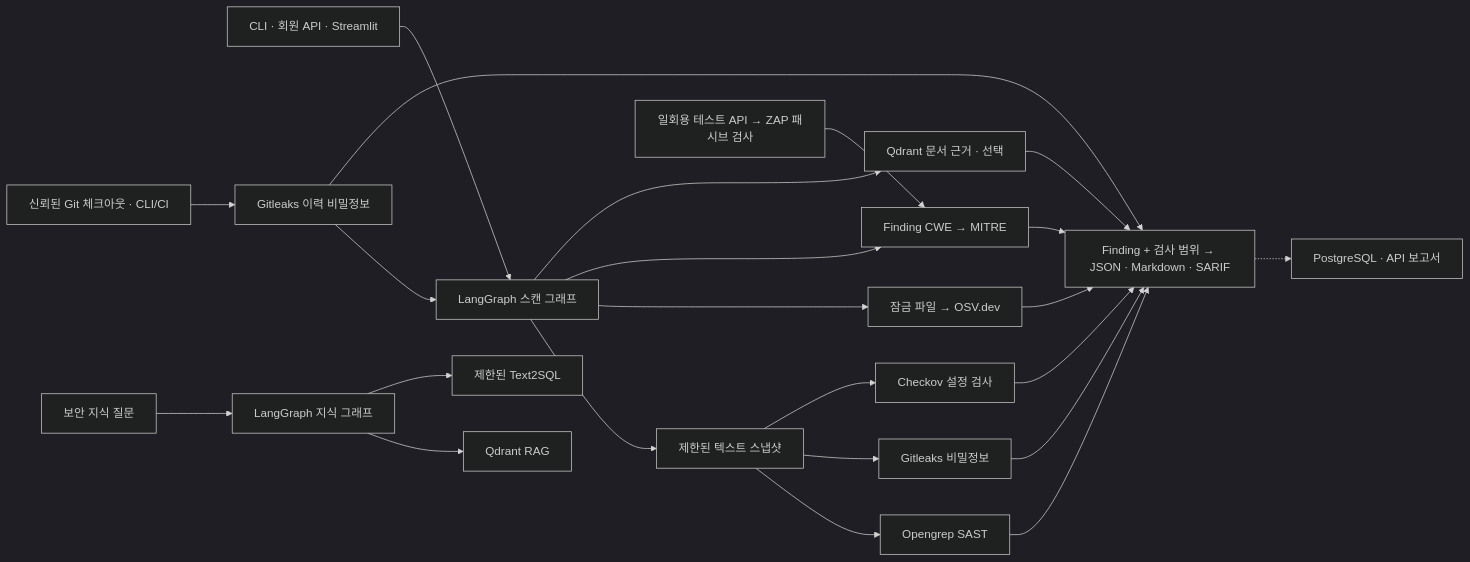
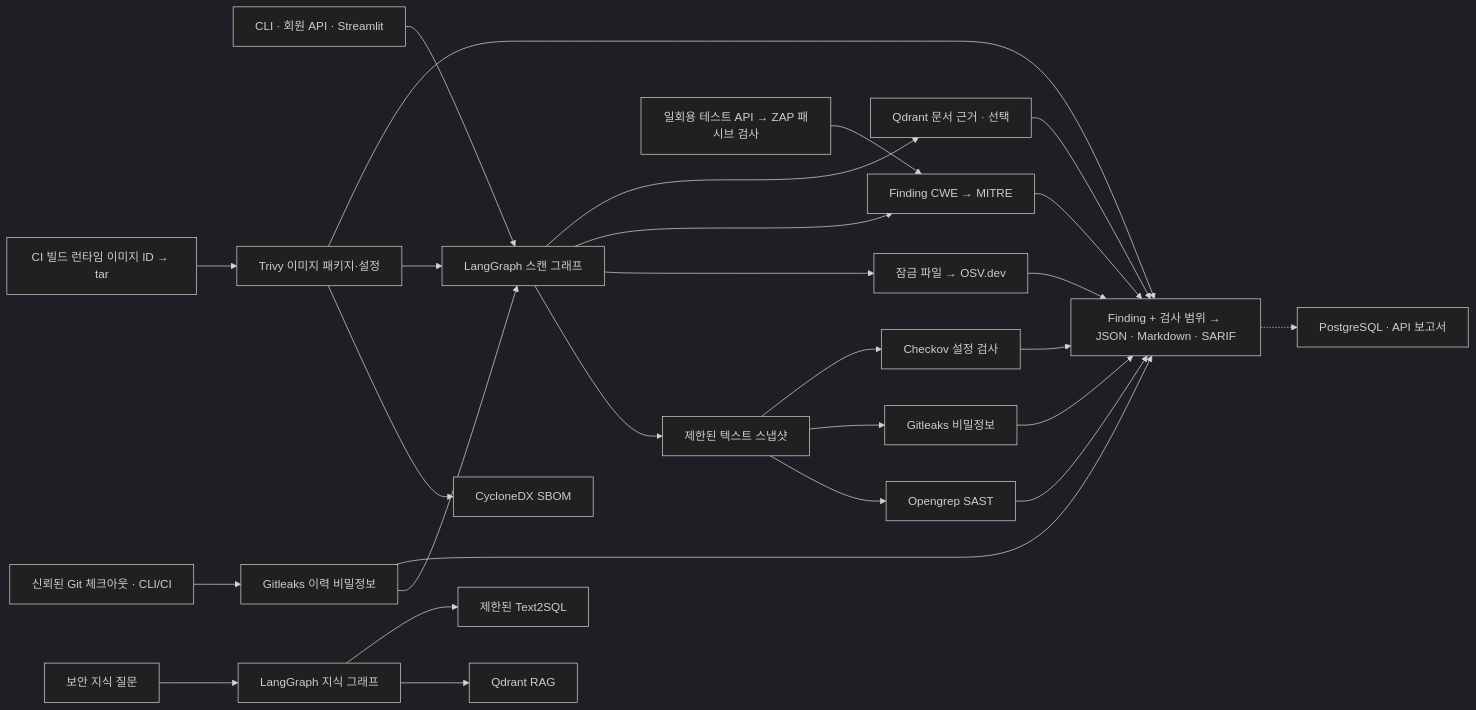
One commit to taehyeon-git/SecRAGraph changed the diagram in README.md. Above: the diagram before and after it, drawn with Mermaid (dark theme). The commit also changed other lines of this file and 31 other files, not shown here.

First line of the commit message:
Add runtime image scanning and CycloneDX SBOM

````diff
--- a/README.md
+++ b/README.md
@@ -49,25 +51,29 @@
 ```mermaid
 flowchart LR
   INPUT["CLI · 회원 API · Streamlit"] --> SCAN["LangGraph 스캔 그래프"]
   SCAN --> SNAP["제한된 텍스트 스냅샷"]
   SNAP --> SAST["Opengrep SAST"]
   SNAP --> SECRET["Gitleaks 비밀정보"]
   HISTORY["신뢰된 Git 체크아웃 · CLI/CI"] --> HISTSECRET["Gitleaks 이력 비밀정보"]
   HISTSECRET --> SCAN
+  IMAGE["CI 빌드 런타임 이미지 ID → tar"] --> TRIVY["Trivy 이미지 패키지·설정"]
+  TRIVY --> SBOM["CycloneDX SBOM"]
+  TRIVY --> SCAN
   SNAP --> CONFIG["Checkov 설정 검사"]
   SCAN --> OSV["잠금 파일 → OSV.dev"]
   SCAN --> CWE["Finding CWE → MITRE"]
   SCAN --> EVIDENCE["Qdrant 문서 근거 · 선택"]
   DAST["일회용 테스트 API → ZAP 패시브 검사"] --> CWE
   SAST --> REPORT["Finding + 검사 범위 → JSON · Markdown · SARIF"]
   SECRET --> REPORT
   HISTSECRET --> REPORT
+  TRIVY --> REPORT
   CONFIG --> REPORT
   OSV --> REPORT
   CWE --> REPORT
   EVIDENCE --> REPORT
   REPORT -.-> STORE["PostgreSQL · API 보고서"]
   QUESTION["보안 지식 질문"] --> KNOWLEDGE["LangGraph 지식 그래프"]
   KNOWLEDGE --> RAG["Qdrant RAG"]
   KNOWLEDGE --> SQL["제한된 Text2SQL"]
 ```
````
